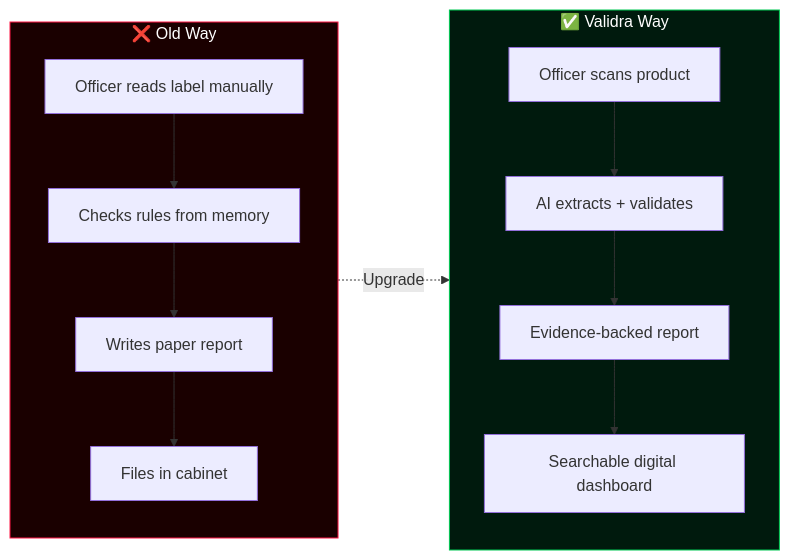
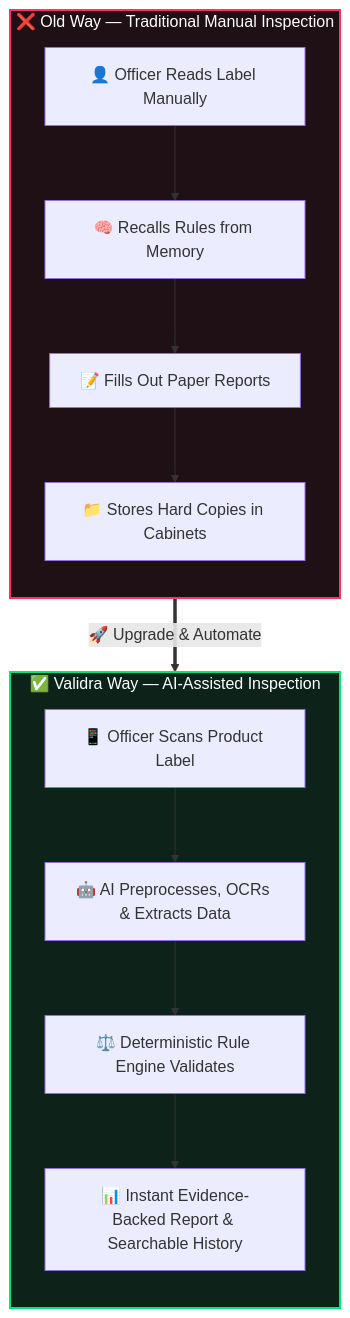
One commit to dhruvpatel16120/Validra changed the third of 13 diagrams in README.md. Above: the diagram before and after it, drawn with Mermaid. The commit also changed other lines of this file, not shown here.

````diff
--- a/README.md
+++ b/README.md
@@ -89,21 +152,22 @@
 ```mermaid
-flowchart LR
-    subgraph OLD["❌ Old Way"]
+
+flowchart TD
+    subgraph OLD["❌ Old Way — Traditional Manual Inspection"]
         direction TB
-        O1["Officer reads label manually"] --> O2["Checks rules from memory"]
-        O2 --> O3["Writes paper report"]
-        O3 --> O4["Files in cabinet"]
+        O1["👤 Officer Reads Label Manually"] --> O2["🧠 Recalls Rules from Memory"]
+        O2 --> O3["📝 Fills Out Paper Reports"]
+        O3 --> O4["📁 Stores Hard Copies in Cabinets"]
     end
 
-    subgraph NEW["✅ Validra Way"]
+    subgraph NEW["✅ Validra Way — AI-Assisted Inspection"]
         direction TB
-        N1["Officer scans product"] --> N2["AI extracts + validates"]
-        N2 --> N3["Evidence-backed report"]
-        N3 --> N4["Searchable digital dashboard"]
+        N1["📱 Officer Scans Product Label"] --> N2["🤖 AI Preprocesses, OCRs & Extracts Data"]
+        N2 --> N3["⚖️ Deterministic Rule Engine Validates"]
+        N3 --> N4["📊 Instant Evidence-Backed Report & Searchable History"]
     end
 
-    OLD -.->|"Upgrade"| NEW
+    OLD ==>|"🚀 Upgrade & Automate"| NEW
 
-    style OLD fill:#1a0000,stroke:#ff1744,color:#fff
-    style NEW fill:#001a0d,stroke:#00c853,color:#fff
+    style OLD fill:#1e1014,stroke:#ff3366,stroke-width:2px,color:#fff,padding-top: 2px
+    style NEW fill:#0d231a,stroke:#00e676,stroke-width:2px,color:#fff
 ```
````
